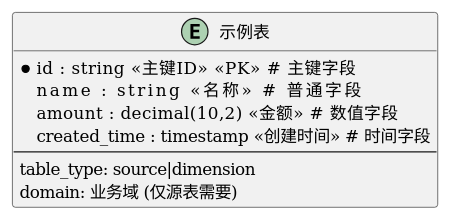
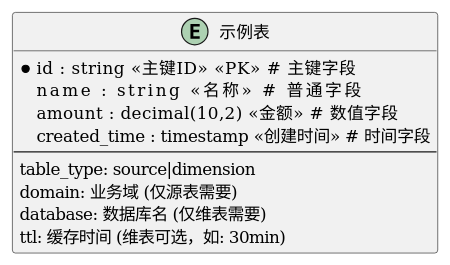
Before and after one commit to velamen-L/flink-task: the second of 3 diagrams in docs/输入输出标准文档.md, drawn with PlantUML. The commit also changed other lines of this file and 12 other files, not shown here.

````diff
--- a/docs/输入输出标准文档.md
+++ b/docs/输入输出标准文档.md
@@ -68,11 +108,13 @@
 ```plantuml
 entity "示例表" as example {
   * id : string <<主键ID>> <<PK>>           # 主键字段
   name : string <<名称>>                   # 普通字段
   amount : decimal(10,2) <<金额>>          # 数值字段
   created_time : timestamp <<创建时间>>     # 时间字段
   --
   table_type: source|dimension
   domain: 业务域 (仅源表需要)
+  database: 数据库名 (仅维表需要)
+  ttl: 缓存时间 (维表可选，如: 30min)
 }
 ```
````
